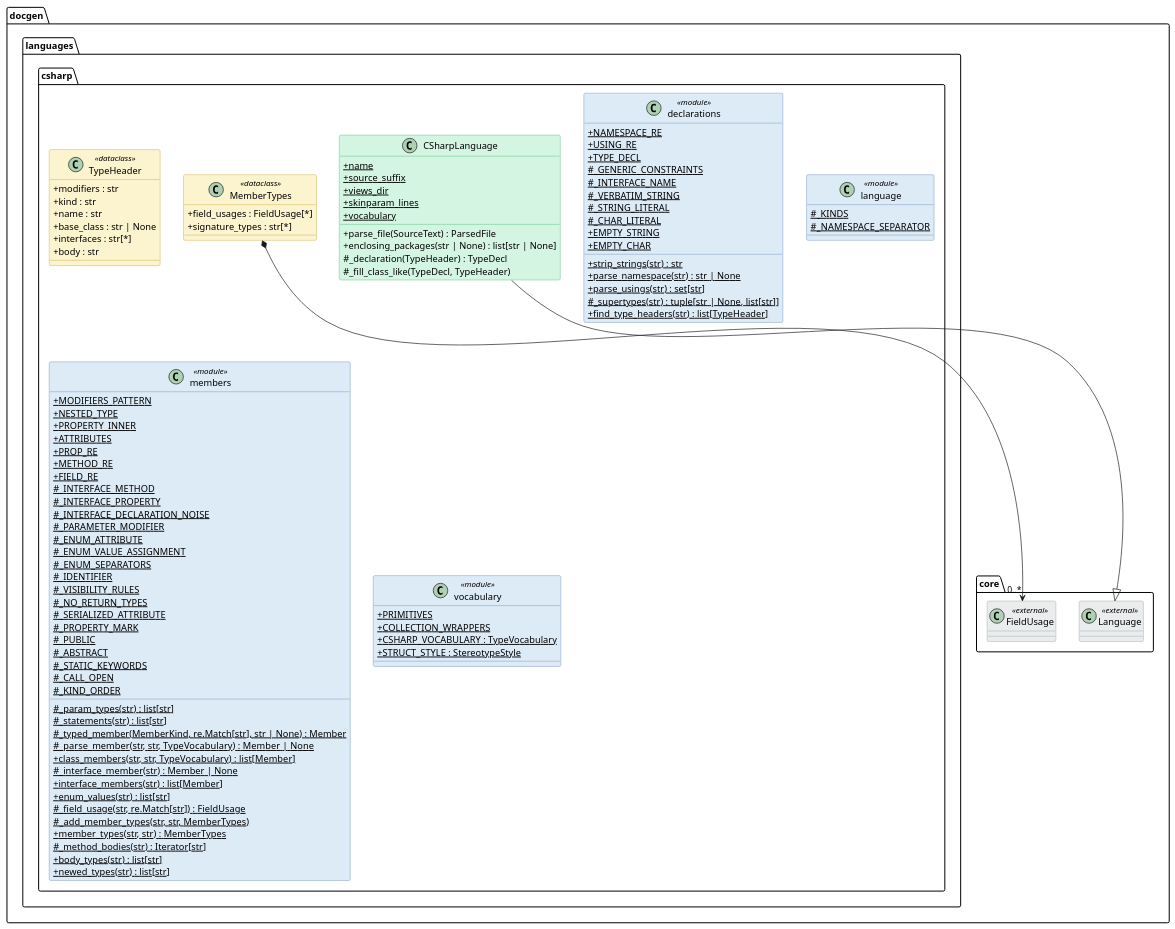
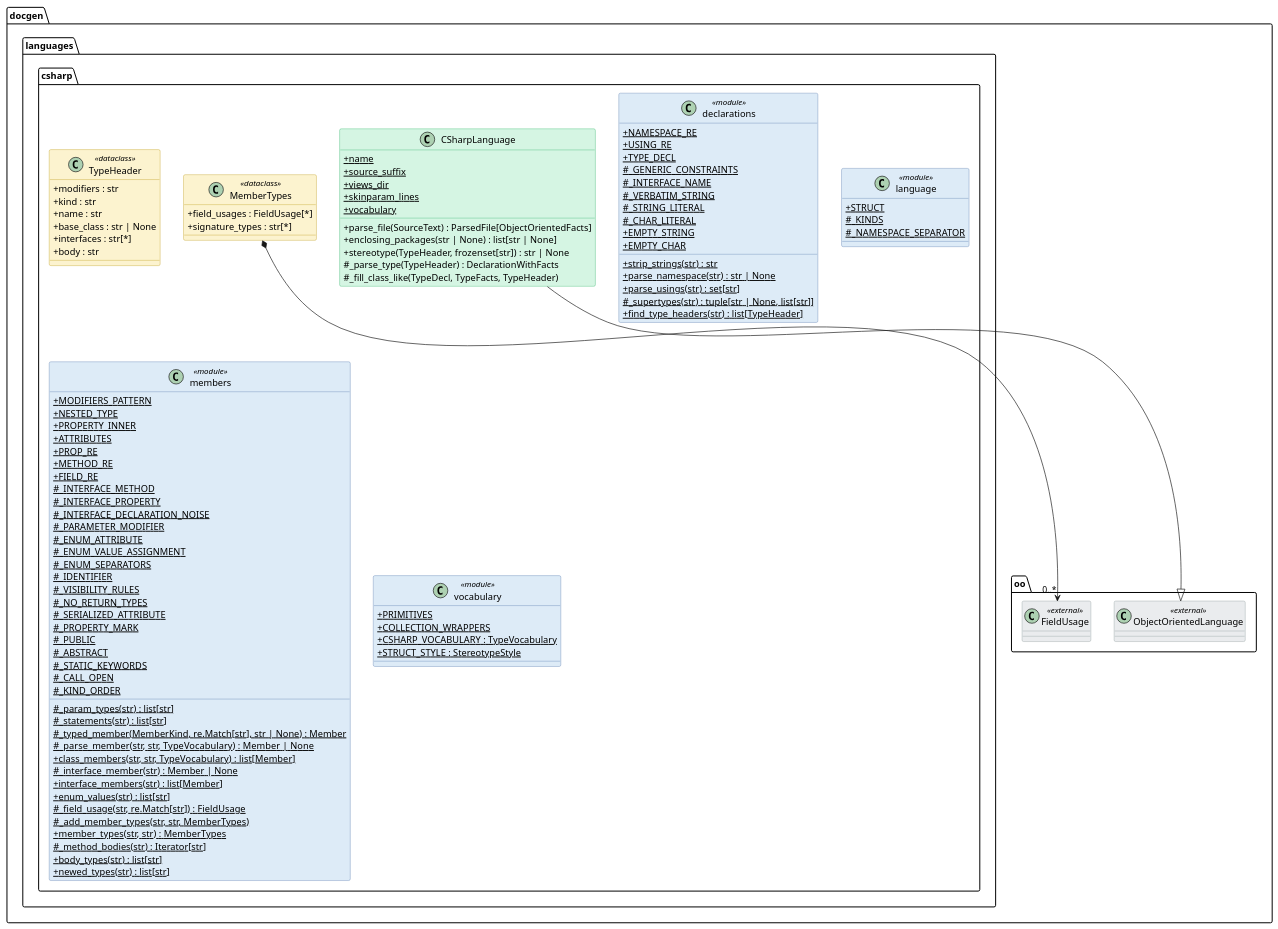
Before and after one commit to Boulede987/DocGeneration: the diagram in docs/Modelisation/Packages/csharp.puml, drawn with PlantUML. The commit also changed 129 other files, not shown here.

First line of the commit message:
refactor(core): make the core a pure UML model; languages compute relations

```diff
--- a/docs/Modelisation/Packages/csharp.puml
+++ b/docs/Modelisation/Packages/csharp.puml
@@ -1,140 +1,142 @@
 @startuml csharp
 
 skinparam classAttributeIconSize 0
 skinparam shadowing false
 
 skinparam class {
   BackgroundColor<<interface>> #D6EAF8
   BorderColor<<interface>> #2E86C1
 }
 skinparam class {
   BackgroundColor<<abstract>> #E8DAEF
   BorderColor<<abstract>> #8E44AD
 }
 skinparam class {
   BackgroundColor #D5F5E3
   BorderColor #27AE60
 }
 skinparam class {
   BackgroundColor<<dataclass>> #FCF3CF
   BorderColor<<dataclass>> #B7950B
 }
 skinparam class {
   BackgroundColor<<module>> #DDEBF7
   BorderColor<<module>> #4A6FA5
 }
 skinparam class {
   BackgroundColor<<static>> #a7faa0
   BorderColor<<static>> #38d610
 }
 skinparam class {
   BackgroundColor<<enum>> #F5B7B1
   BorderColor<<enum>> #C0392B
 }
 
 skinparam class {
   BackgroundColor<<external>> #EAECEE
   BorderColor<<external>> #839192
 }
 
 namespace docgen.languages.csharp {
 class TypeHeader <<dataclass>> {
   + modifiers : str
   + kind : str
   + name : str
   + base_class : str | None
   + interfaces : str[*]
   + body : str
 }
 class declarations <<module>> {
   + {static} NAMESPACE_RE
   + {static} USING_RE
   + {static} TYPE_DECL
   # {static} _GENERIC_CONSTRAINTS
   # {static} _INTERFACE_NAME
   # {static} _VERBATIM_STRING
   # {static} _STRING_LITERAL
   # {static} _CHAR_LITERAL
   + {static} EMPTY_STRING
   + {static} EMPTY_CHAR
   + {static} strip_strings(str) : str
   + {static} parse_namespace(str) : str | None
   + {static} parse_usings(str) : set[str]
   # {static} _supertypes(str) : tuple[str | None, list[str]]
   + {static} find_type_headers(str) : list[TypeHeader]
 }
 class CSharpLanguage {
   + {static} name
   + {static} source_suffix
   + {static} views_dir
   + {static} skinparam_lines
   + {static} vocabulary
-  + parse_file(SourceText) : ParsedFile
+  + parse_file(SourceText) : ParsedFile[ObjectOrientedFacts]
   + enclosing_packages(str | None) : list[str | None]
-  # _declaration(TypeHeader) : TypeDecl
-  # _fill_class_like(TypeDecl, TypeHeader)
+  + stereotype(TypeHeader, frozenset[str]) : str | None
+  # _parse_type(TypeHeader) : DeclarationWithFacts
+  # _fill_class_like(TypeDecl, TypeFacts, TypeHeader)
 }
 class language <<module>> {
+  + {static} STRUCT
   # {static} _KINDS
   # {static} _NAMESPACE_SEPARATOR
 }
 class MemberTypes <<dataclass>> {
   + field_usages : FieldUsage[*]
   + signature_types : str[*]
 }
 class members <<module>> {
   + {static} MODIFIERS_PATTERN
   + {static} NESTED_TYPE
   + {static} PROPERTY_INNER
   + {static} ATTRIBUTES
   + {static} PROP_RE
   + {static} METHOD_RE
   + {static} FIELD_RE
   # {static} _INTERFACE_METHOD
   # {static} _INTERFACE_PROPERTY
   # {static} _INTERFACE_DECLARATION_NOISE
   # {static} _PARAMETER_MODIFIER
   # {static} _ENUM_ATTRIBUTE
   # {static} _ENUM_VALUE_ASSIGNMENT
   # {static} _ENUM_SEPARATORS
   # {static} _IDENTIFIER
   # {static} _VISIBILITY_RULES
   # {static} _NO_RETURN_TYPES
   # {static} _SERIALIZED_ATTRIBUTE
   # {static} _PROPERTY_MARK
   # {static} _PUBLIC
   # {static} _ABSTRACT
   # {static} _STATIC_KEYWORDS
   # {static} _CALL_OPEN
   # {static} _KIND_ORDER
   # {static} _param_types(str) : list[str]
   # {static} _statements(str) : list[str]
   # {static} _typed_member(MemberKind, re.Match[str], str | None) : Member
   # {static} _parse_member(str, str, TypeVocabulary) : Member | None
   + {static} class_members(str, str, TypeVocabulary) : list[Member]
   # {static} _interface_member(str) : Member | None
   + {static} interface_members(str) : list[Member]
   + {static} enum_values(str) : list[str]
   # {static} _field_usage(str, re.Match[str]) : FieldUsage
   # {static} _add_member_types(str, str, MemberTypes)
   + {static} member_types(str, str) : MemberTypes
   # {static} _method_bodies(str) : Iterator[str]
   + {static} body_types(str) : list[str]
   + {static} newed_types(str) : list[str]
 }
 class vocabulary <<module>> {
   + {static} PRIMITIVES
   + {static} COLLECTION_WRAPPERS
   + {static} CSHARP_VOCABULARY : TypeVocabulary
   + {static} STRUCT_STYLE : StereotypeStyle
 }
 }
-class docgen.core.FieldUsage <<external>> [[core.svg]] {
+class docgen.oo.FieldUsage <<external>> [[oo.svg]] {
 }
-class docgen.core.Language <<external>> [[core.svg]] {
+class docgen.oo.ObjectOrientedLanguage <<external>> [[oo.svg]] {
 }
 
-docgen.languages.csharp.CSharpLanguage --|> docgen.core.Language
-docgen.languages.csharp.MemberTypes *--> "0..*" docgen.core.FieldUsage
+docgen.languages.csharp.CSharpLanguage --|> docgen.oo.ObjectOrientedLanguage
+docgen.languages.csharp.MemberTypes *--> "0..*" docgen.oo.FieldUsage
 
 @enduml
```
